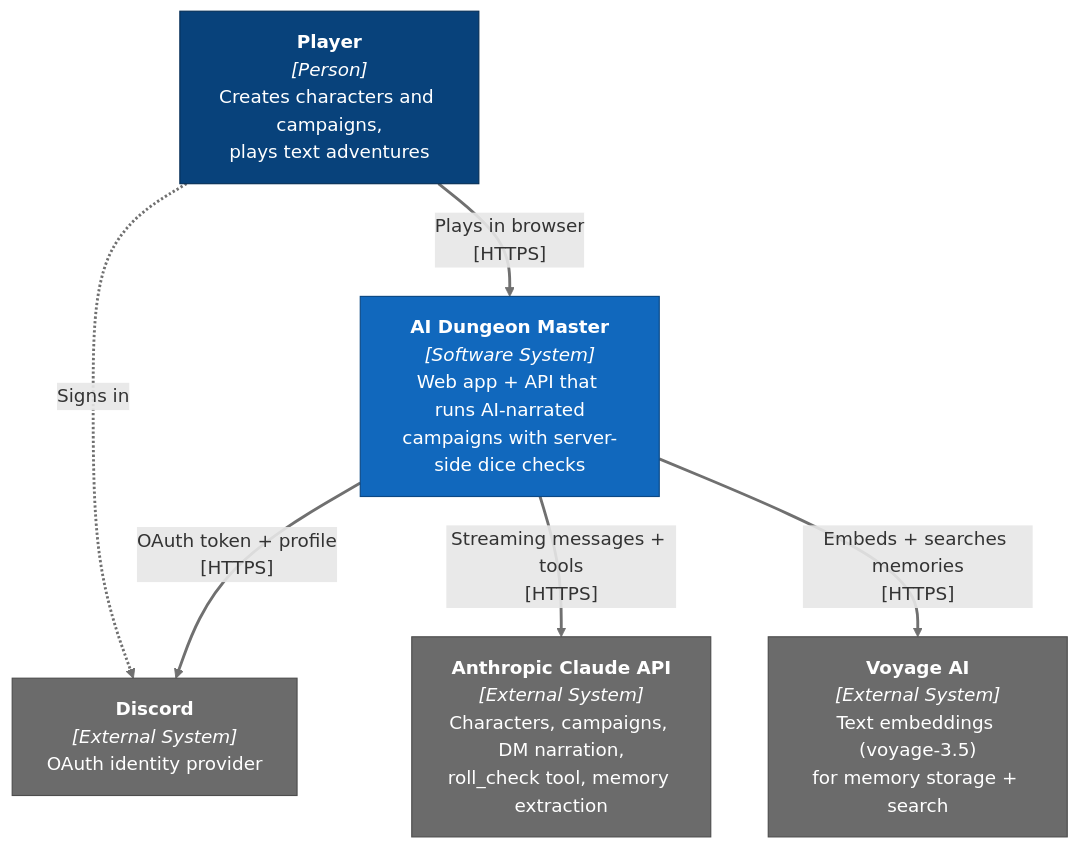
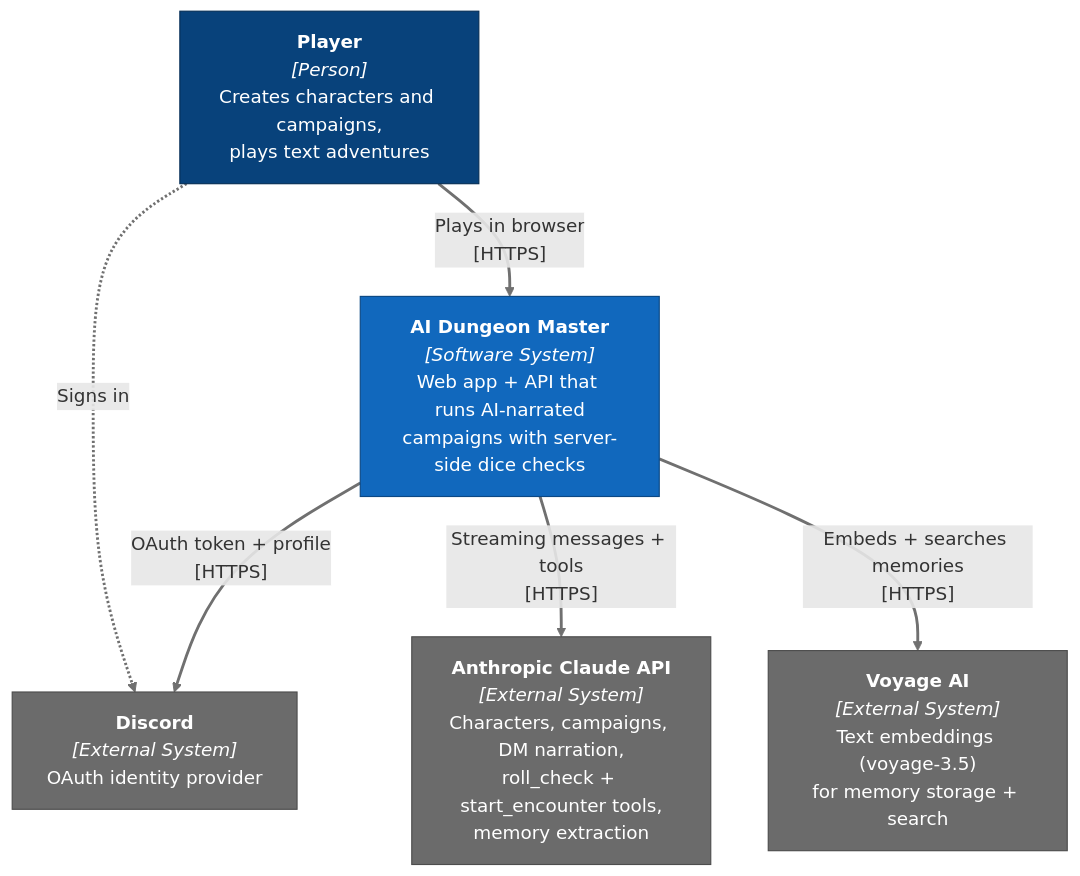
Before and after one commit to StephenMoring/dungeon-service: the first of 6 diagrams in docs/architecture.md, drawn with Mermaid. The commit also changed other lines of this file and 25 other files, not shown here.

````diff
--- a/docs/architecture.md
+++ b/docs/architecture.md
@@ -9,24 +9,24 @@
 ```mermaid
 flowchart TB
   player["<b>Player</b><br/><i>[Person]</i><br/>Creates characters and campaigns,<br/>plays text adventures"]
   dungeon["<b>AI Dungeon Master</b><br/><i>[Software System]</i><br/>Web app + API that runs AI-narrated<br/>campaigns with server-side dice checks"]
   discord["<b>Discord</b><br/><i>[External System]</i><br/>OAuth identity provider"]
-  anthropic["<b>Anthropic Claude API</b><br/><i>[External System]</i><br/>Characters, campaigns, DM narration,<br/>roll_check tool, memory extraction"]
+  anthropic["<b>Anthropic Claude API</b><br/><i>[External System]</i><br/>Characters, campaigns, DM narration,<br/>roll_check + start_encounter tools,<br/>memory extraction"]
   voyage["<b>Voyage AI</b><br/><i>[External System]</i><br/>Text embeddings (voyage-3.5)<br/>for memory storage + search"]
 
   player -- "Plays in browser<br/>[HTTPS]" --> dungeon
   player -. "Signs in" .-> discord
   dungeon -- "OAuth token + profile<br/>[HTTPS]" --> discord
   dungeon -- "Streaming messages + tools<br/>[HTTPS]" --> anthropic
   dungeon -- "Embeds + searches memories<br/>[HTTPS]" --> voyage
 
   classDef person fill:#08427b,stroke:#052e56,color:#fff
   classDef system fill:#1168bd,stroke:#0b4884,color:#fff
   classDef container fill:#438dd5,stroke:#2e6295,color:#fff
   classDef component fill:#85bbf0,stroke:#5d82a8,color:#0b2340
   classDef external fill:#6b6b6b,stroke:#4d4d4d,color:#fff
   linkStyle default stroke:#707070,stroke-width:2.5px
   class player person
   class dungeon system
   class discord,anthropic,voyage external
 ```
````
